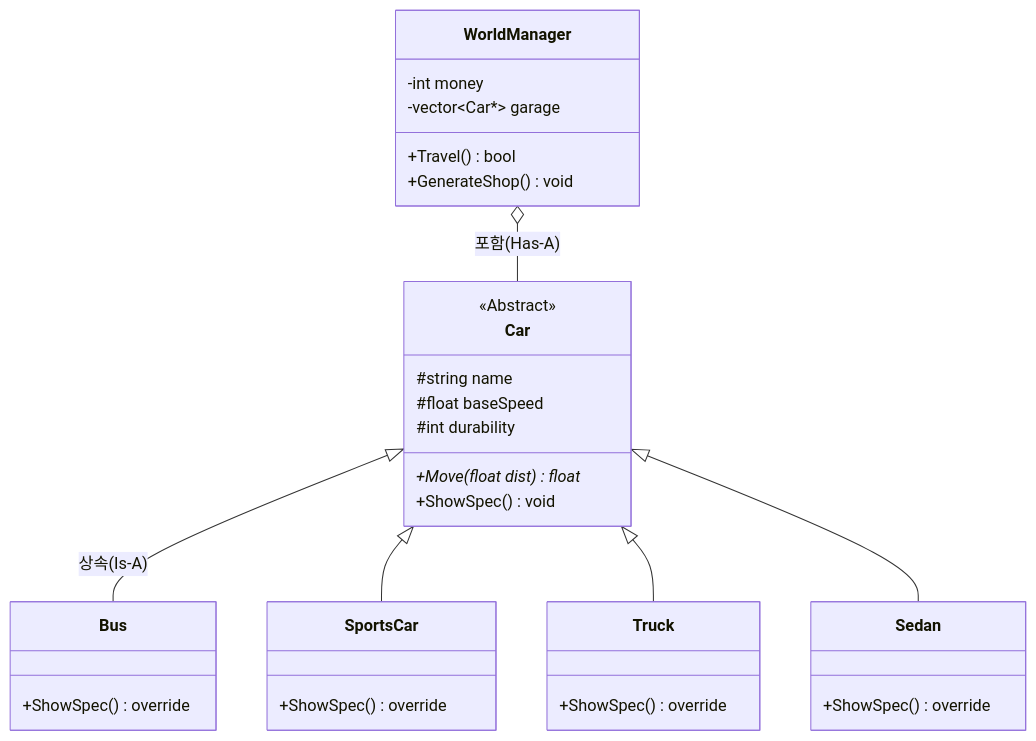
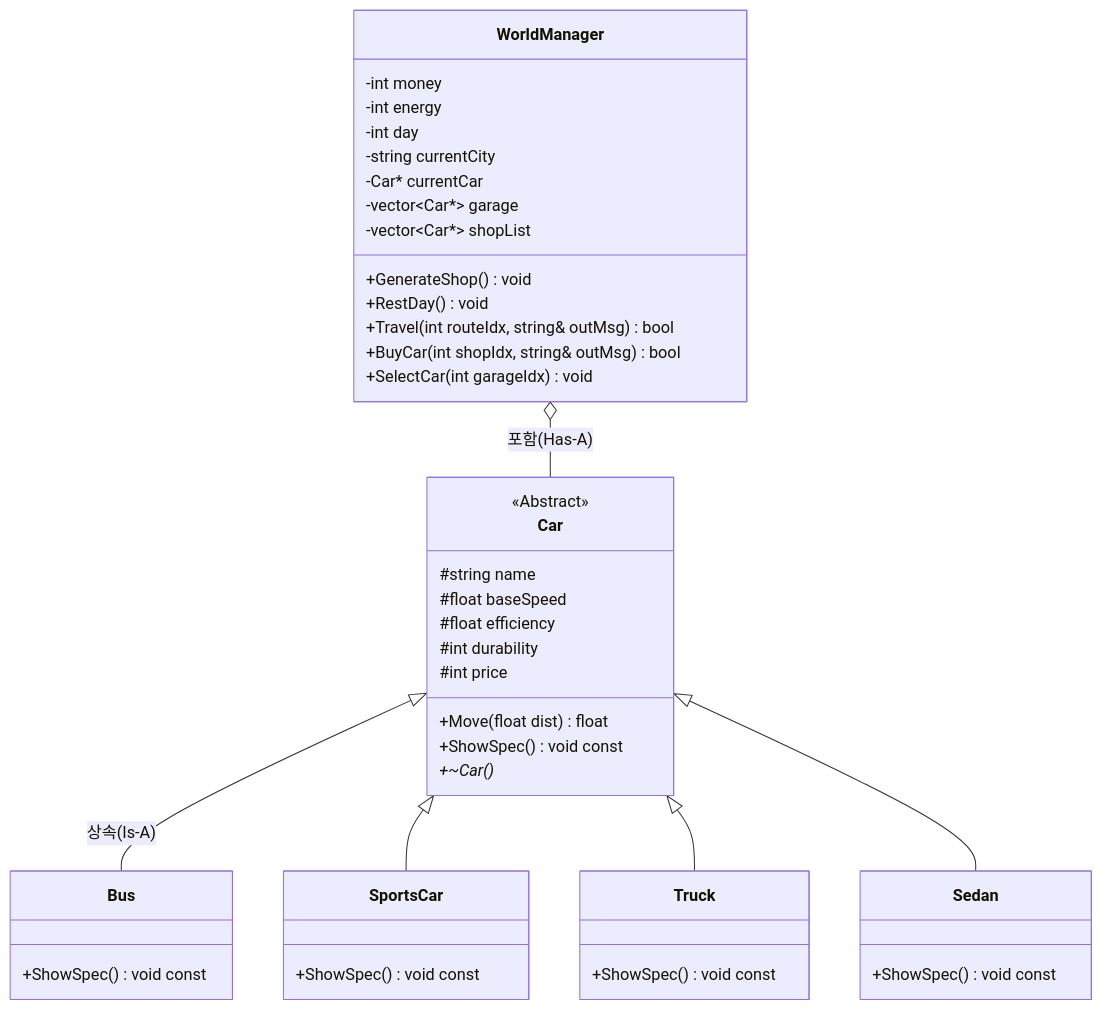
Before and after one commit to iamfreakin/PolyDrive: the first of 2 diagrams in DOCS/01_Overview.md, drawn with Mermaid. The commit also changed 2 other files, not shown here.

Commit message:
docs: 최신 소스 코드에 맞춰 클래스 다이어그램 업데이트
- README, PROJECT_PLAN, DOCS/01_Overview 내 다이어그램 수정
- Car, WorldManager, UIManager의 최신 속성 및 메서드 반영
- 실제 구현부와 설계 문서 간의 동기화 완료

````diff
--- a/DOCS/01_Overview.md
+++ b/DOCS/01_Overview.md
@@ -15,28 +15,39 @@
 ```mermaid
 classDiagram
     class Car {
         <<Abstract>>
         #string name
         #float baseSpeed
+        #float efficiency
         #int durability
-        +Move(float dist)* float
-        +ShowSpec() void
+        #int price
+        +Move(float dist) float
+        +ShowSpec() void const
+        +~Car()*
     }
-    class Bus { +ShowSpec() override }
-    class SportsCar { +ShowSpec() override }
-    class Truck { +ShowSpec() override }
-    class Sedan { +ShowSpec() override }
+    class Bus { +ShowSpec() void const }
+    class SportsCar { +ShowSpec() void const }
+    class Truck { +ShowSpec() void const }
+    class Sedan { +ShowSpec() void const }
 
     class WorldManager {
         -int money
+        -int energy
+        -int day
+        -string currentCity
+        -Car* currentCar
         -vector~Car*~ garage
-        +Travel() bool
+        -vector~Car*~ shopList
         +GenerateShop() void
+        +RestDay() void
+        +Travel(int routeIdx, string& outMsg) bool
+        +BuyCar(int shopIdx, string& outMsg) bool
+        +SelectCar(int garageIdx) void
     }
 
     Car <|-- Bus : 상속(Is-A)
     Car <|-- SportsCar
     Car <|-- Truck
     Car <|-- Sedan
     WorldManager o-- Car : 포함(Has-A)
 ```
````
